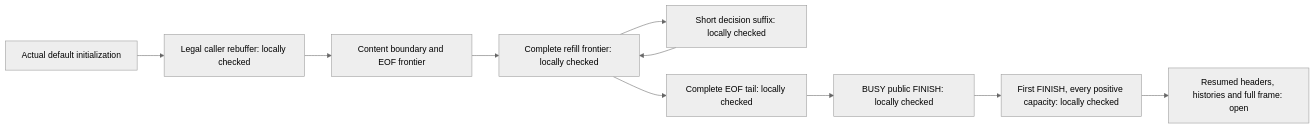
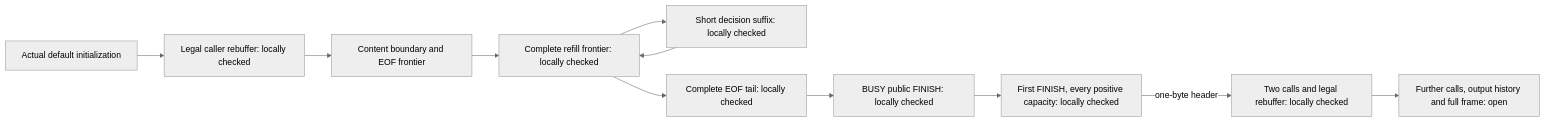
One commit to cla7aye15I4nd/zlib-f changed the fourth of 4 diagrams in docs/overview.md. Above: the diagram before and after it, drawn with Mermaid (neutral theme). The commit also changed other lines of this file and 3 other files, not shown here.

Commit message:
Preserve buffered content across two real split-header FINISH calls

````diff
--- a/docs/overview.md
+++ b/docs/overview.md
@@ -1712,12 +1733,13 @@
 ```mermaid
 flowchart LR
   Init["Actual default initialization"] --> Caller["Legal caller rebuffer: locally checked"]
   Caller --> Entry["Content boundary and EOF frontier"]
   Entry --> Refill["Complete refill frontier: locally checked"]
   Refill --> Decide["Short decision suffix: locally checked"]
   Decide --> Refill
   Refill --> Tail["Complete EOF tail: locally checked"]
   Tail --> Public["BUSY public FINISH: locally checked"]
   Public --> First["First FINISH, every positive capacity: locally checked"]
-  First --> History["Resumed headers, histories and full frame: open"]
+  First -->|one-byte header| Retry["Two calls and legal rebuffer: locally checked"]
+  Retry --> History["Further calls, output history and full frame: open"]
 ```
````
